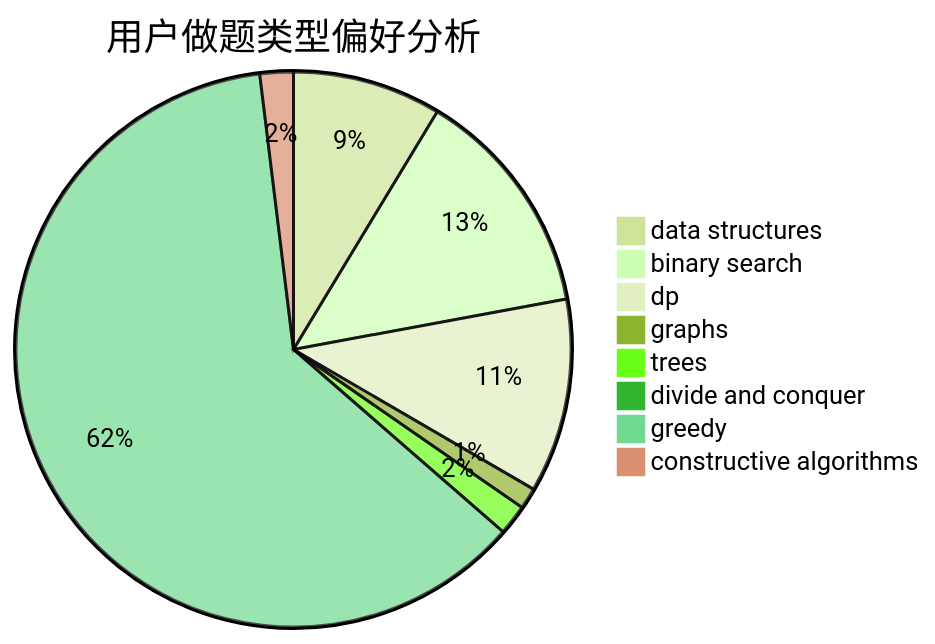
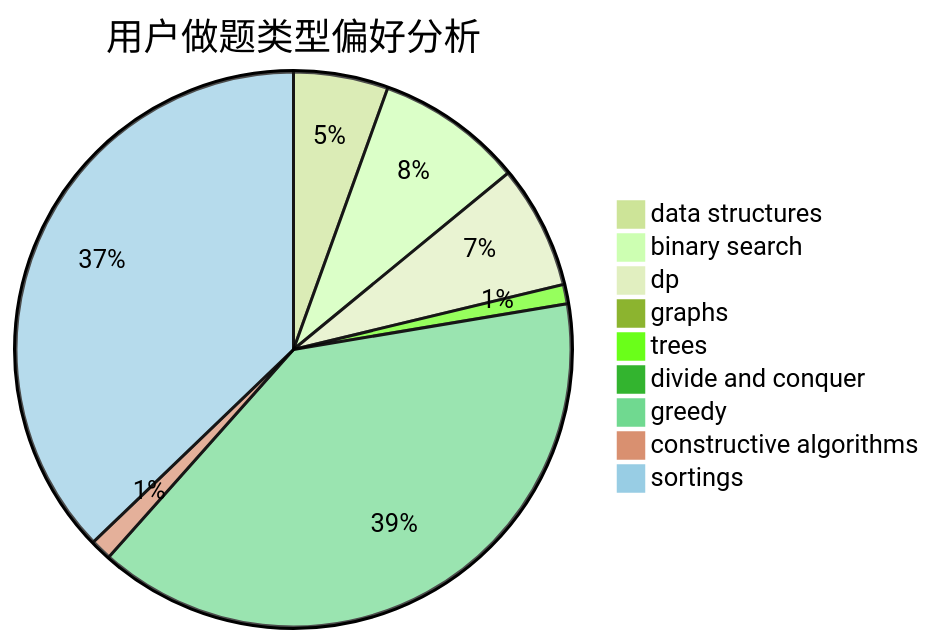
One commit to sherpahu/cfrs.github.io changed the second of 3 diagrams in docs/user/u34.md. Above: the diagram before and after it, drawn with Mermaid (forest theme). The commit also changed other lines of this file and 2769 other files, not shown here.

````diff
--- a/docs/user/u34.md
+++ b/docs/user/u34.md
@@ -23,11 +18,12 @@
 ```mermaid
 pie title 用户做题类型偏好分析
     "data structures" :  49
     "binary search" :  76
     "dp" :  64
     "graphs" :  7
     "trees" :  10
     "divide and conquer" :  0
     "greedy" :  349
     "constructive algorithms" :  11
+    "sortings" :  331
 ```
````
